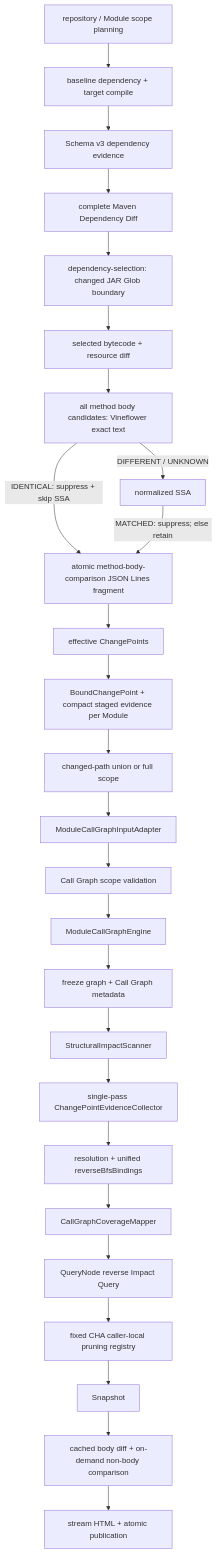
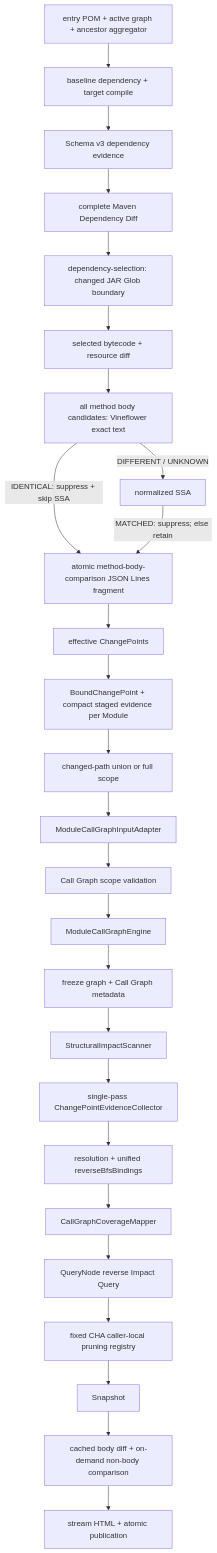
One commit to ymyii/change-impact-analyze changed the second of 2 diagrams in wiki/architecture/dependency-analysis-pipelines.md. Above: the diagram before and after it, drawn with Mermaid. The commit also changed other lines of this file and 44 other files, not shown here.

````diff
--- a/wiki/architecture/dependency-analysis-pipelines.md
+++ b/wiki/architecture/dependency-analysis-pipelines.md
@@ -93,28 +111,28 @@
 ```mermaid
 flowchart TD
-  Scope["repository / Module scope planning"] --> Prepare["baseline dependency + target compile"]
+  Scope["entry POM + active graph + ancestor aggregator"] --> Prepare["baseline dependency + target compile"]
   Prepare --> Evidence["Schema v3 dependency evidence"]
   Evidence --> Diff["complete Maven Dependency Diff"]
   Diff --> Selection["dependency-selection: changed JAR Glob boundary"]
   Selection --> JarDiff["selected bytecode + resource diff"]
   JarDiff --> Java["all method body candidates: Vineflower exact text"]
   Java -->|"IDENTICAL: suppress + skip SSA"| Cache["atomic method-body-comparison JSON Lines fragment"]
   Java -->|"DIFFERENT / UNKNOWN"| Semantic["normalized SSA"]
   Semantic -->|"MATCHED: suppress; else retain"| Cache
   Cache --> Effective["effective ChangePoints"]
   Effective --> Bind["BoundChangePoint + compact staged evidence per Module"]
   Bind --> PathPlan["changed-path union or full scope"]
   PathPlan --> Input["ModuleCallGraphInputAdapter"]
   Input --> Validate["Call Graph scope validation"]
   Validate --> Build["ModuleCallGraphEngine"]
   Build --> Metadata["freeze graph + Call Graph metadata"]
   Metadata --> Structural["StructuralImpactScanner"]
   Structural --> Collector["single-pass ChangePointEvidenceCollector"]
   Collector --> Binding["resolution + unified reverseBfsBindings"]
   Binding --> Coverage["CallGraphCoverageMapper"]
   Coverage --> Query["QueryNode reverse Impact Query"]
   Query --> ChaRefine["fixed CHA caller-local pruning registry"]
   ChaRefine --> Snapshot
   Snapshot --> Compare["cached body diff + on-demand non-body comparison"]
   Compare --> Report["stream HTML + atomic publication"]
 ```
````
